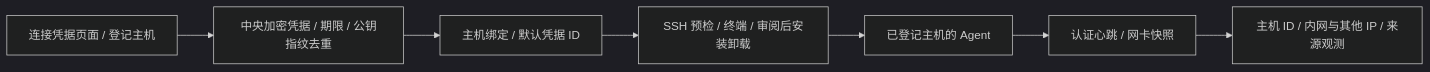
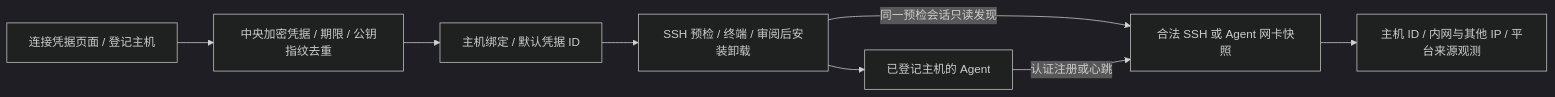
Diagram 11 of 20 in docs/system-design.md (workhold/lightmoni), drawn with Mermaid (dark theme) before and after one commit. The commit also changed other lines of this file and 28 other files, not shown here.

````diff
--- a/docs/system-design.md
+++ b/docs/system-design.md
@@ -665,9 +665,10 @@
 ```mermaid
 flowchart LR
   USER[连接凭据页面 / 登记主机] --> VAULT[中央加密凭据 / 期限 / 公钥指纹去重]
   VAULT --> BIND[主机绑定 / 默认凭据 ID]
   BIND --> SSH[SSH 预检 / 终端 / 审阅后安装卸载]
   SSH --> AGENT[已登记主机的 Agent]
-  AGENT --> NETWORK[认证心跳 / 网卡快照]
-  NETWORK --> HOST[主机 ID / 内网与其他 IP / 来源观测]
+  SSH -->|同一预检会话只读发现| NETWORK[合法 SSH 或 Agent 网卡快照]
+  AGENT -->|认证注册或心跳| NETWORK
+  NETWORK --> HOST[主机 ID / 内网与其他 IP / 平台来源观测]
 ```
````
